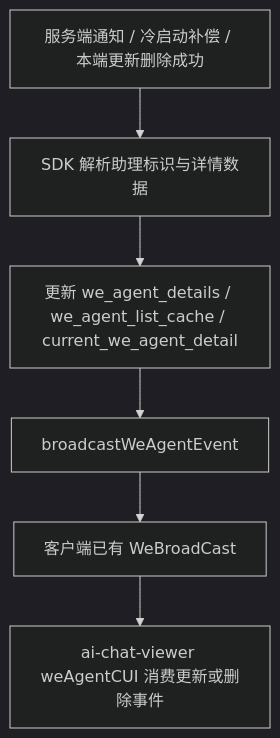
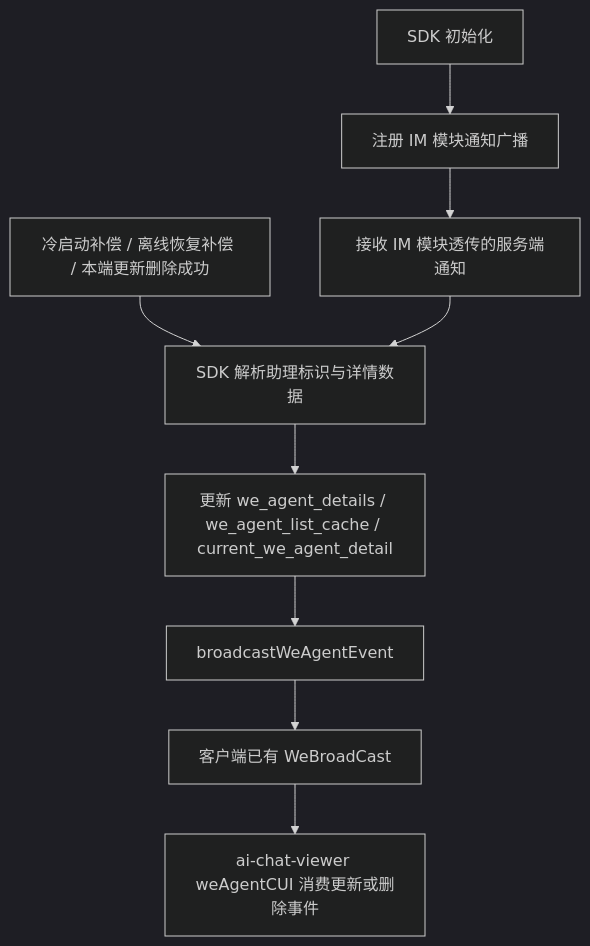
The first of 9 diagrams in 2026-05-08-we-agent-detail-sync-plan.md (Abelsjcheng/skillSDK), drawn with Mermaid (dark theme) before and after one commit. The commit also changed other lines of this file and 2 other files, not shown here.

````diff
--- a/2026-05-08-we-agent-detail-sync-plan.md
+++ b/2026-05-08-we-agent-detail-sync-plan.md
@@ -42,8 +43,11 @@
 ```mermaid
 flowchart TD
-    A["服务端通知 / 冷启动补偿 / 本端更新删除成功"] --> B["SDK 解析助理标识与详情数据"]
-    B --> C["更新 we_agent_details / we_agent_list_cache / current_we_agent_detail"]
-    C --> D["broadcastWeAgentEvent"]
-    D --> E["客户端已有 WeBroadCast"]
-    E --> F["ai-chat-viewer weAgentCUI 消费更新或删除事件"]
+    A["SDK 初始化"] --> B["注册 IM 模块通知广播"]
+    B --> C["接收 IM 模块透传的服务端通知"]
+    D["冷启动补偿 / 离线恢复补偿 / 本端更新删除成功"] --> E["SDK 解析助理标识与详情数据"]
+    C --> E
+    E --> F["更新 we_agent_details / we_agent_list_cache / current_we_agent_detail"]
+    F --> G["broadcastWeAgentEvent"]
+    G --> H["客户端已有 WeBroadCast"]
+    H --> I["ai-chat-viewer weAgentCUI 消费更新或删除事件"]
 ```
````
